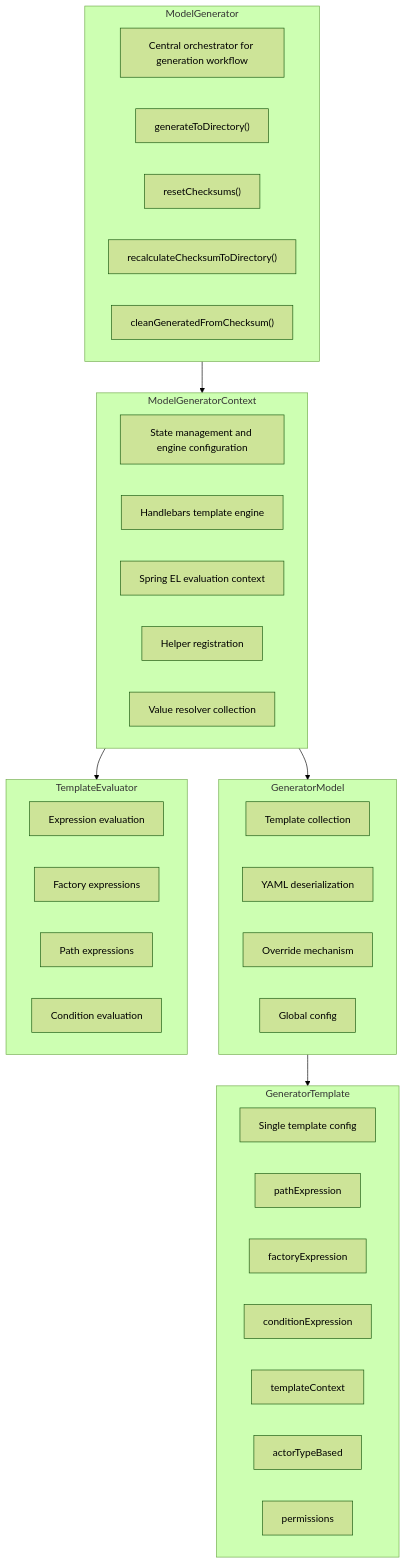
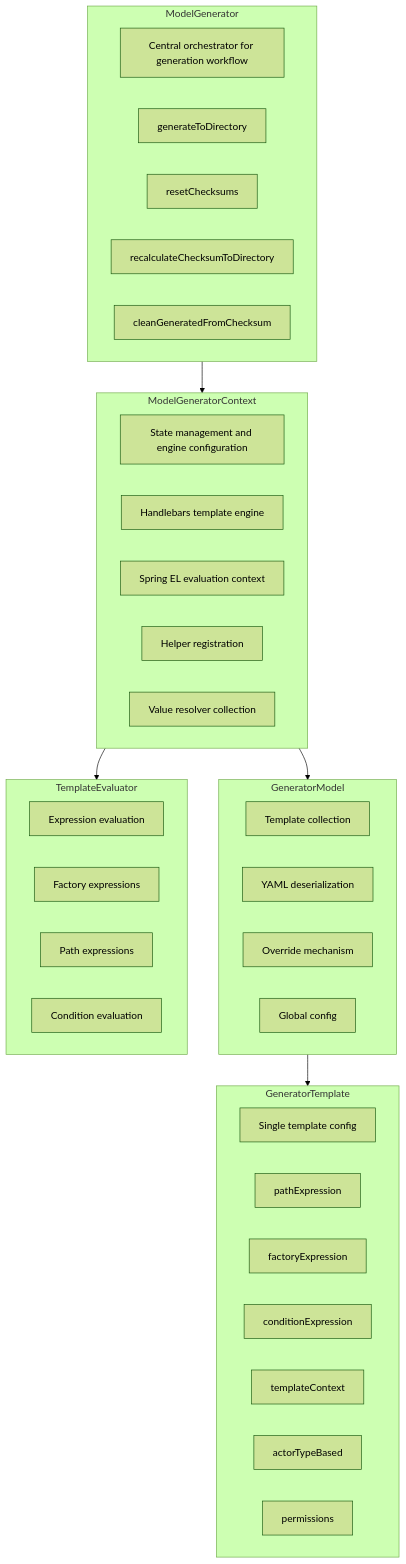
Before and after one commit to BlackBeltTechnology/judo-generator-commons: the first of 4 diagrams in AGENTS.md, drawn with Mermaid (forest theme). The commit also changed other lines of this file, not shown here.

First line of the commit message:
fix: Fix Mermaid diagram syntax in AGENTS.md

````diff
--- a/AGENTS.md
+++ b/AGENTS.md
@@ -31,47 +31,47 @@
 ```mermaid
 flowchart TB
-    subgraph MG["ModelGenerator"]
-        MG_desc["Central orchestrator for generation workflow"]
-        MG_m1["generateToDirectory()"]
-        MG_m2["resetChecksums()"]
-        MG_m3["recalculateChecksumToDirectory()"]
-        MG_m4["cleanGeneratedFromChecksum()"]
+    subgraph MG[ModelGenerator]
+        MG_desc[Central orchestrator for generation workflow]
+        MG_m1[generateToDirectory]
+        MG_m2[resetChecksums]
+        MG_m3[recalculateChecksumToDirectory]
+        MG_m4[cleanGeneratedFromChecksum]
     end
 
-    subgraph MGC["ModelGeneratorContext"]
-        MGC_desc["State management and engine configuration"]
-        MGC_m1["Handlebars template engine"]
-        MGC_m2["Spring EL evaluation context"]
-        MGC_m3["Helper registration"]
-        MGC_m4["Value resolver collection"]
+    subgraph MGC[ModelGeneratorContext]
+        MGC_desc[State management and engine configuration]
+        MGC_m1[Handlebars template engine]
+        MGC_m2[Spring EL evaluation context]
+        MGC_m3[Helper registration]
+        MGC_m4[Value resolver collection]
     end
 
-    subgraph GM["GeneratorModel"]
-        GM_desc["Template collection"]
-        GM_m1["YAML deserialization"]
-        GM_m2["Override mechanism"]
-        GM_m3["Global config"]
+    subgraph GM[GeneratorModel]
+        GM_desc[Template collection]
+        GM_m1[YAML deserialization]
+        GM_m2[Override mechanism]
+        GM_m3[Global config]
     end
 
-    subgraph TE["TemplateEvaluator"]
-        TE_desc["Expression evaluation"]
-        TE_m1["Factory expressions"]
-        TE_m2["Path expressions"]
-        TE_m3["Condition evaluation"]
+    subgraph TE[TemplateEvaluator]
+        TE_desc[Expression evaluation]
+        TE_m1[Factory expressions]
+        TE_m2[Path expressions]
+        TE_m3[Condition evaluation]
     end
 
-    subgraph GT["GeneratorTemplate"]
-        GT_desc["Single template config"]
-        GT_m1["pathExpression"]
-        GT_m2["factoryExpression"]
-        GT_m3["conditionExpression"]
-        GT_m4["templateContext"]
-        GT_m5["actorTypeBased"]
-        GT_m6["permissions"]
+    subgraph GT[GeneratorTemplate]
+        GT_desc[Single template config]
+        GT_m1[pathExpression]
+        GT_m2[factoryExpression]
+        GT_m3[conditionExpression]
+        GT_m4[templateContext]
+        GT_m5[actorTypeBased]
+        GT_m6[permissions]
     end
 
     MG --> MGC
     MGC --> GM
     MGC --> TE
     GM --> GT
 ```
````
